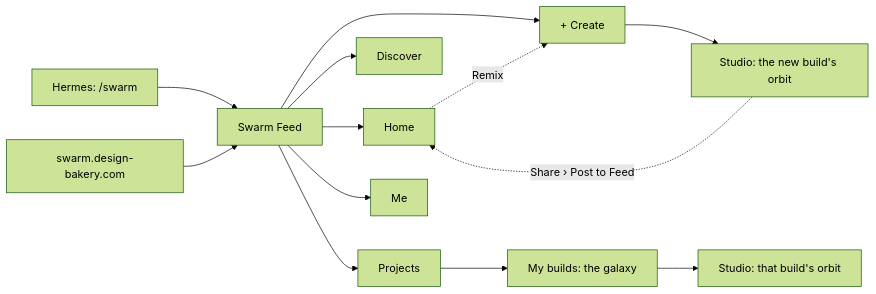
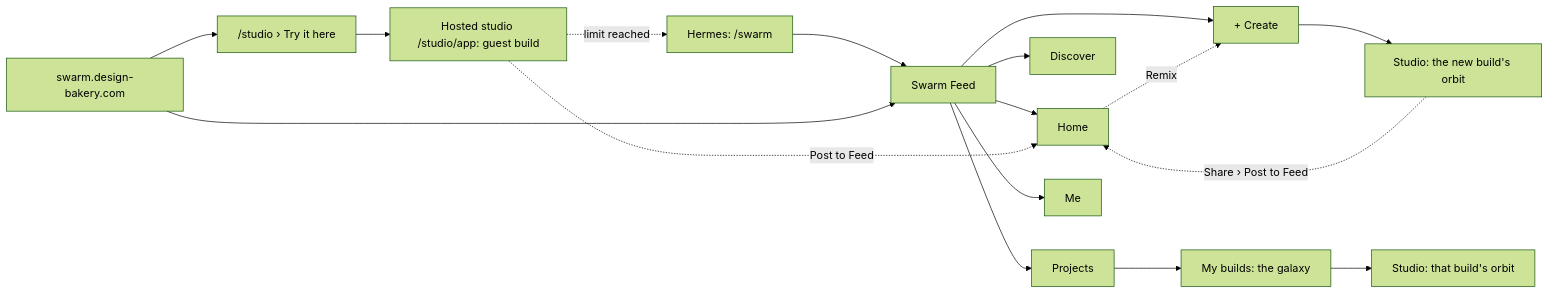
Before and after one commit to Pukujan/swarm-studio: the first of 24 diagrams in docs/ux/SITEMAP.md, drawn with Mermaid (forest theme). The commit also changed other lines of this file and 16 other files, not shown here.

First line of the commit message:
Hosted studio: try Swarm Studio in the browser as a guest

````diff
--- a/docs/ux/SITEMAP.md
+++ b/docs/ux/SITEMAP.md
@@ -18,15 +19,19 @@
 ```mermaid
 flowchart LR
   HX["Hermes: /swarm"] --> FEED["Swarm Feed"]
   WEB["swarm.design-bakery.com"] --> FEED
   FEED --> HOME[Home]
   FEED --> DISC[Discover]
   FEED --> PROJ[Projects]
   FEED --> ME[Me]
   FEED --> CR["+ Create"]
   CR --> ORB["Studio: the new build's orbit"]
   PROJ --> GAL["My builds: the galaxy"]
   GAL --> ORB2["Studio: that build's orbit"]
   ORB -.->|Share › Post to Feed| HOME
   HOME -.->|Remix| CR
+  WEB --> TRY["/studio › Try it here"]
+  TRY --> HOSTED["Hosted studio /studio/app: guest build"]
+  HOSTED -.->|Post to Feed| HOME
+  HOSTED -.->|limit reached| HX
 ```
````
